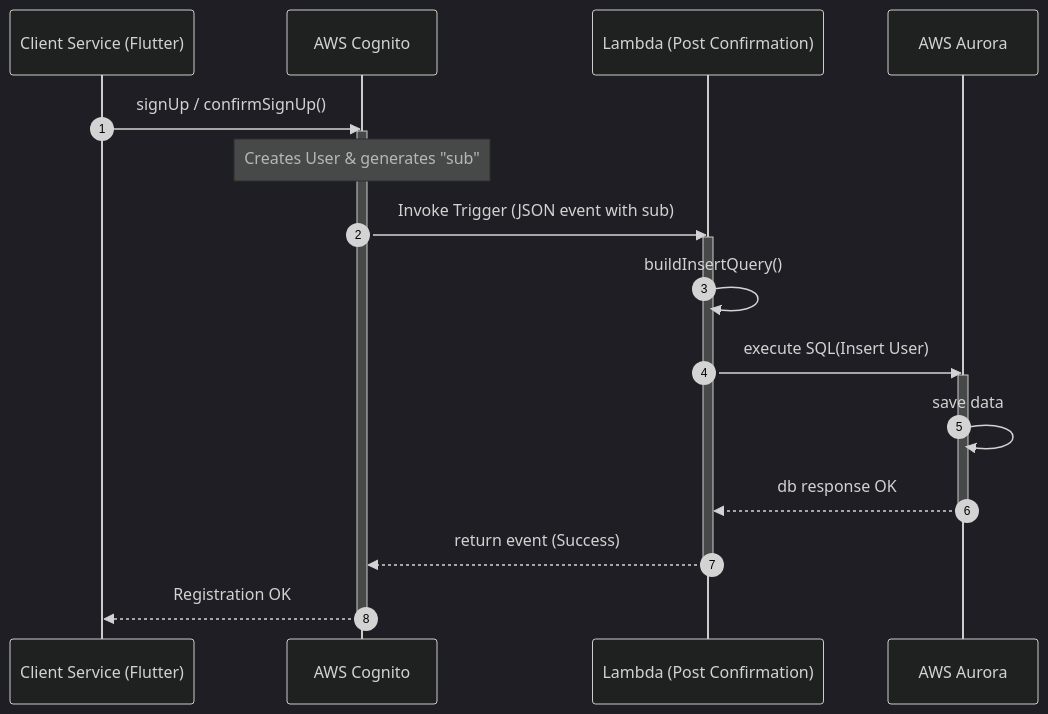
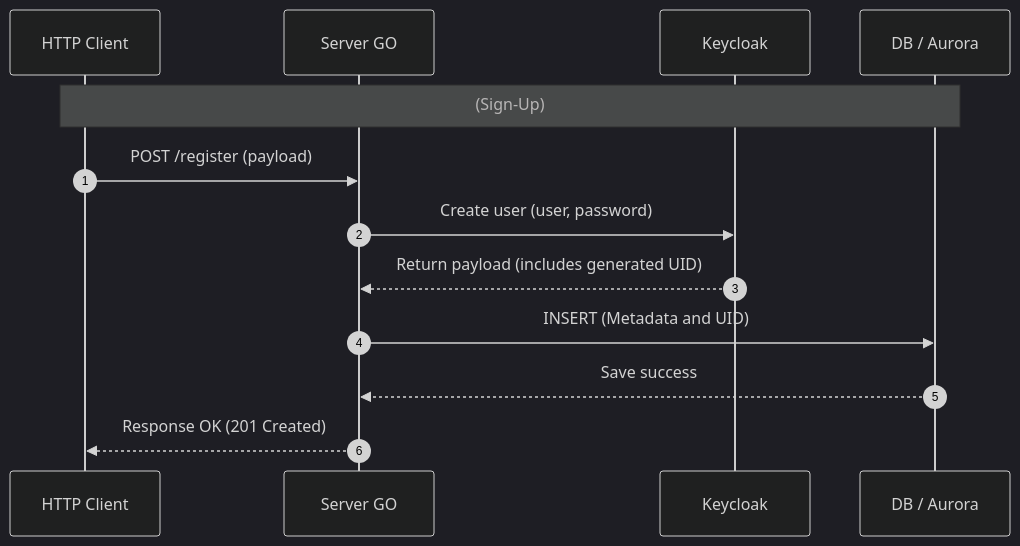
Before and after one commit to monxvoll/WeiCloth: the diagram in docs/register-module.md, drawn with Mermaid (dark theme).

Commit message:
Update: Register module diagram

````diff
--- a/docs/register-module.md
+++ b/docs/register-module.md
@@ -3,27 +3,17 @@
 ```mermaid
 sequenceDiagram
     autonumber
-    participant C as Client Service (Flutter)
-    participant Cog as AWS Cognito
-    participant L as Lambda (Post Confirmation)
-    participant A as AWS Aurora
+    participant Client as HTTP Client
+    participant Go as Server GO
+    participant KC as Keycloak
+    participant DB as DB / Aurora
 
-    C->>Cog: signUp / confirmSignUp()
-    activate Cog
-    Note over Cog: Creates User & generates "sub"
+    Note over Client, DB: (Sign-Up)
     
-    Cog->>L: Invoke Trigger (JSON event with sub)
-    activate L
-    L->>L: buildInsertQuery()
-    L->>A: execute SQL(Insert User)
-    activate A
-    A->>A: save data
-    A-->>L: db response OK
-    deactivate A
-    
-    L-->>Cog: return event (Success)
-    deactivate L
-    
-    Cog-->>C: Registration OK
-    deactivate Cog
+    Client->>Go: POST /register (payload)
+    Go->>KC: Create user (user, password)
+    KC-->>Go: Return payload (includes generated UID)
+    Go->>DB: INSERT (Metadata and UID)
+    DB-->>Go: Save success
+    Go-->>Client: Response OK (201 Created)
 ```
````
